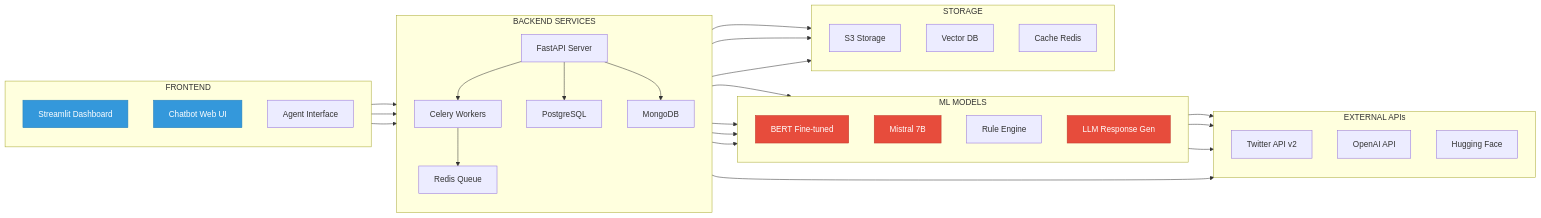
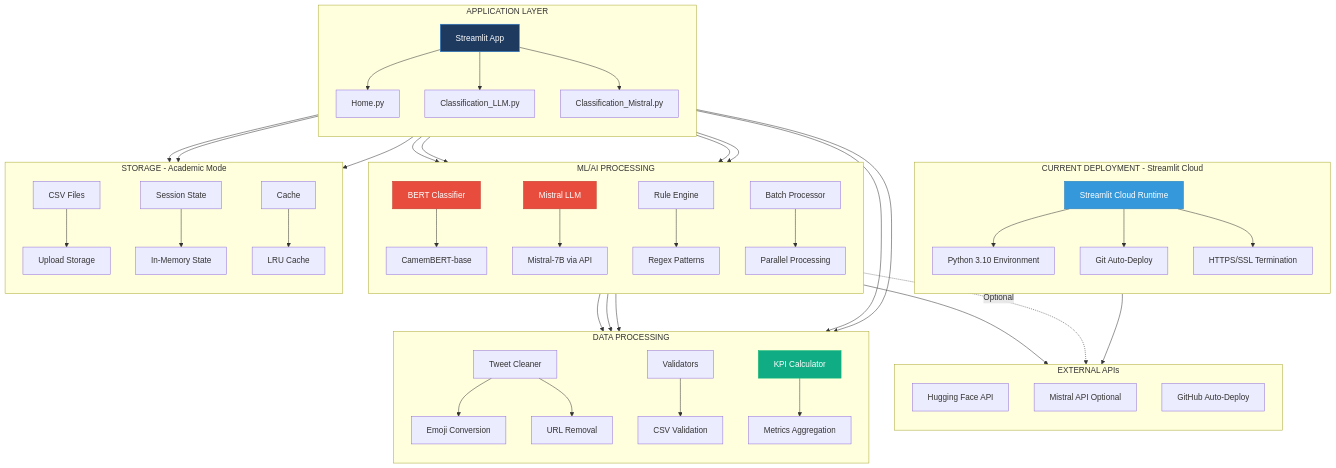
Before and after one commit to Archimed-Anderson/FreeMobilaChat: the third of 14 diagrams in streamlit_app/assets/architecture_diagram.md, drawn with Mermaid. The commit also changed other lines of this file, not shown here.

First line of the commit message:
docs: Add comprehensive infrastructure architecture diagrams

````diff
--- a/streamlit_app/assets/architecture_diagram.md
+++ b/streamlit_app/assets/architecture_diagram.md
@@ -166,56 +166,75 @@
 ```mermaid
-graph LR
-    subgraph "BACKEND SERVICES"
+graph TB
+    subgraph "CURRENT DEPLOYMENT - Streamlit Cloud"
         direction TB
-        A1[FastAPI Server]
-        A2[Celery Workers]
-        A3[Redis Queue]
-        A4[PostgreSQL]
-        A5[MongoDB]
+        SC[Streamlit Cloud Runtime]
+        SC --> SC1[Python 3.10 Environment]
+        SC --> SC2[Git Auto-Deploy]
+        SC --> SC3[HTTPS/SSL Termination]
     end
     
-    subgraph "ML MODELS"
+    subgraph "APPLICATION LAYER"
         direction TB
-        B1[BERT Fine-tuned]
-        B2[Mistral 7B]
-        B3[Rule Engine]
-        B4[LLM Response Gen]
+        A1[Streamlit App]
+        A1 --> A1a[Home.py]
+        A1 --> A1b[Classification_LLM.py]
+        A1 --> A1c[Classification_Mistral.py]
     end
     
-    subgraph "FRONTEND"
+    subgraph "ML/AI PROCESSING"
         direction TB
-        C1[Streamlit Dashboard]
-        C2[Chatbot Web UI]
-        C3[Agent Interface]
+        B1[BERT Classifier]
+        B2[Mistral LLM]
+        B3[Rule Engine]
+        B4[Batch Processor]
+        
+        B1 --> B1a[CamemBERT-base]
+        B2 --> B2a[Mistral-7B via API]
+        B3 --> B3a[Regex Patterns]
+        B4 --> B4a[Parallel Processing]
+    end
+    
+    subgraph "DATA PROCESSING"
+        direction TB
+        D1[Tweet Cleaner]
+        D2[Validators]
+        D3[KPI Calculator]
+        
+        D1 --> D1a[Emoji Conversion]
+        D1 --> D1b[URL Removal]
+        D2 --> D2a[CSV Validation]
+        D3 --> D3a[Metrics Aggregation]
+    end
+    
+    subgraph "STORAGE - Academic Mode"
+        direction TB
+        S1[CSV Files]
+        S2[Session State]
+        S3[Cache]
+        
+        S1 --> S1a[Upload Storage]
+        S2 --> S2a[In-Memory State]
+        S3 --> S3a[LRU Cache]
     end
     
     subgraph "EXTERNAL APIs"
         direction TB
-        D1[Twitter API v2]
-        D2[OpenAI API]
-        D3[Hugging Face]
+        E1[Hugging Face API]
+        E2[Mistral API Optional]
+        E3[GitHub Auto-Deploy]
     end
     
-    subgraph "STORAGE"
-        direction TB
-        E1[S3 Storage]
-        E2[Vector DB]
-        E3[Cache Redis]
-    end
+    A1 --> B1 & B2 & B3 & B4
+    B1 & B2 & B3 --> D3
+    A1 --> D1 & D2
+    A1 --> S1 & S2 & S3
+    B1 --> E1
+    B2 -.->|Optional| E2
+    SC2 --> E3
     
-    C1 & C2 & C3 --> A1
-    A1 --> A2
-    A2 --> A3
-    A2 --> B1 & B2 & B3 & B4
-    A1 --> A4 & A5
-    B4 --> D2
-    A1 --> D1
-    B1 & B2 --> D3
-    A2 --> E1 & E2 & E3
-    
+    style SC fill:#3498DB,stroke:#2980B9,color:#fff
+    style A1 fill:#1E3A5F,stroke:#2E86DE,color:#fff
     style B1 fill:#E74C3C,stroke:#C0392B,color:#fff
     style B2 fill:#E74C3C,stroke:#C0392B,color:#fff
-    style B4 fill:#E74C3C,stroke:#C0392B,color:#fff
-    style C1 fill:#3498DB,stroke:#2980B9,color:#fff
-    style C2 fill:#3498DB,stroke:#2980B9,color:#fff
+    style D3 fill:#10AC84,stroke:#0FB870,color:#fff
 ```
````
